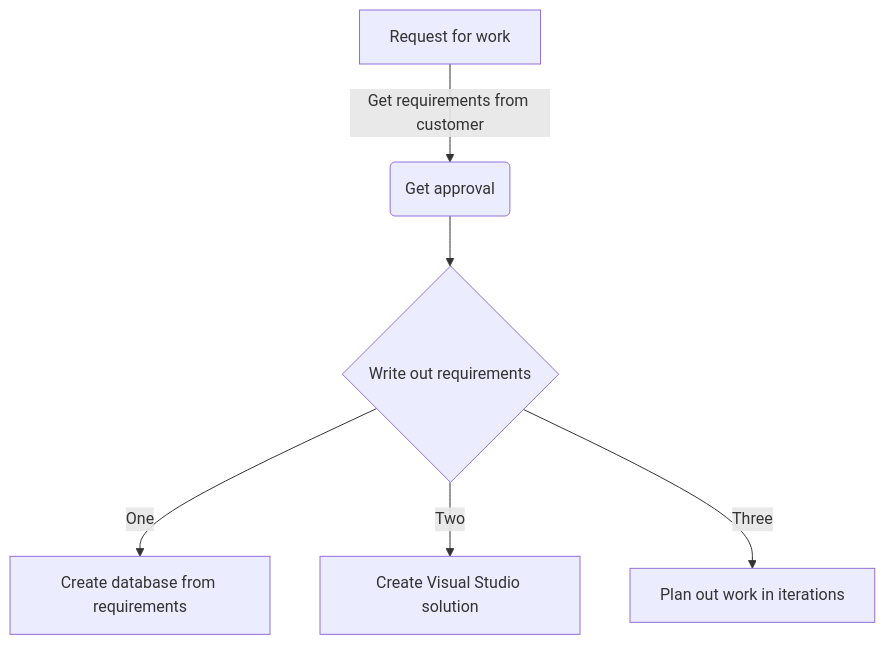
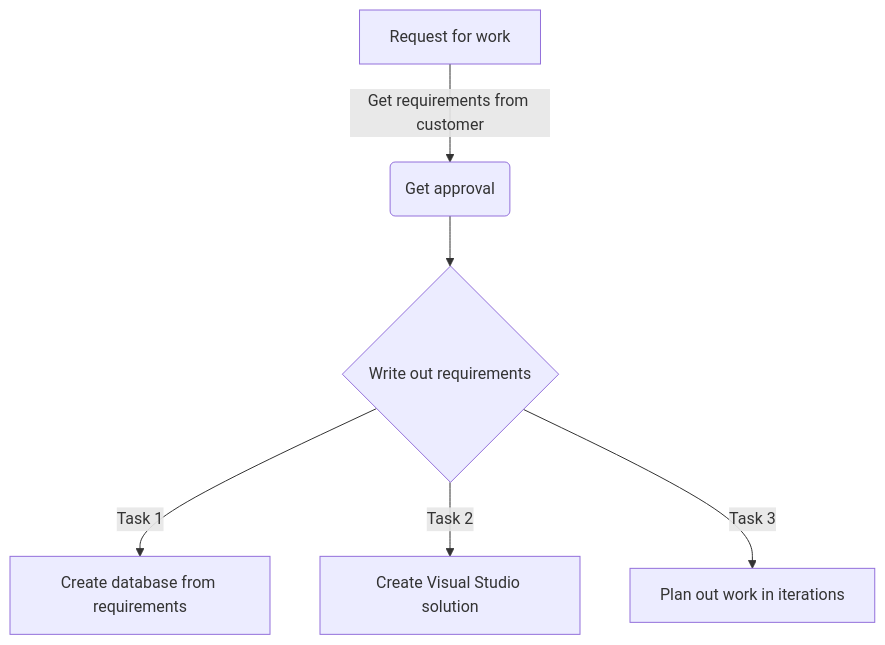
Before and after one commit to karenpayneoregon/teaching-simple-validation: the diagram in readme.md, drawn with Mermaid.

````diff
--- a/readme.md
+++ b/readme.md
@@ -18,8 +18,8 @@
 ```mermaid
 graph TD
     A[Request for work] -->|Get requirements from customer| B(Get approval)
     B --> C{Write out requirements}
-    C -->|One| D[Create database from requirements]
-    C -->|Two| E[Create Visual Studio solution]
-    C -->|Three| F[Plan out work in iterations]
+    C -->|Task 1| D[Create database from requirements]
+    C -->|Task 2| E[Create Visual Studio solution]
+    C -->|Task 3| F[Plan out work in iterations]
 ```
````
